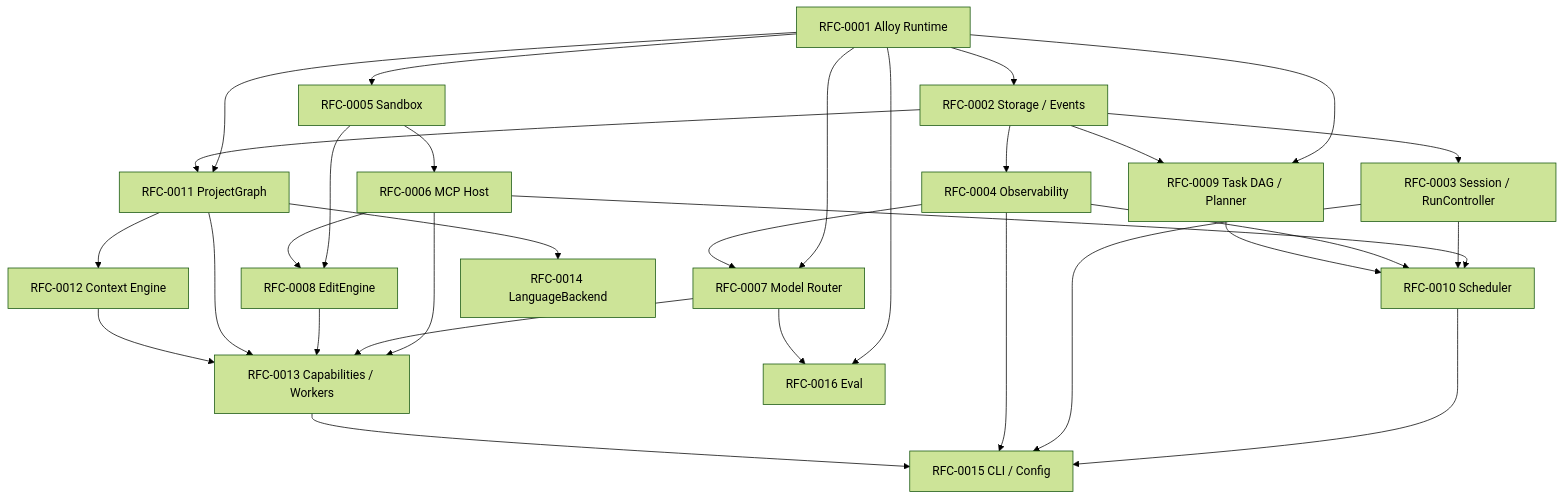
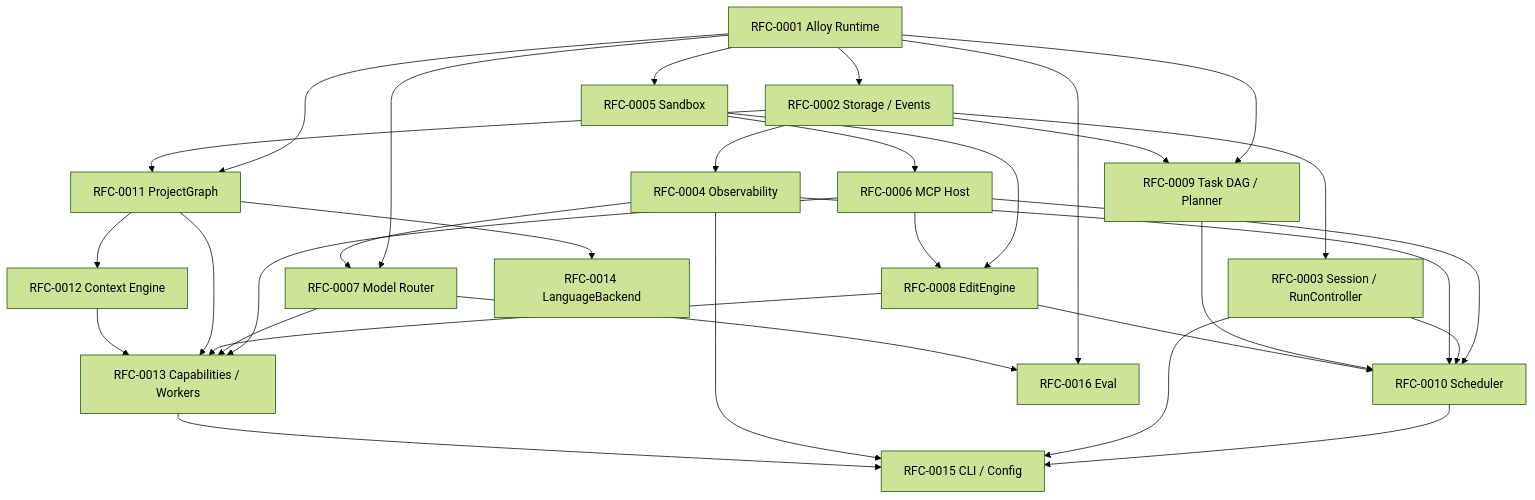
One commit to arkadianet/Alloy changed the diagram in docs/rfcs/README.md. Above: the diagram before and after it, drawn with Mermaid (forest theme). The commit also changed other lines of this file and 2 other files, not shown here.

````diff
--- a/docs/rfcs/README.md
+++ b/docs/rfcs/README.md
@@ -87,50 +87,51 @@
 ```mermaid
 flowchart TB
   R1[RFC-0001 Alloy Runtime]
   R2[RFC-0002 Storage / Events]
   R3[RFC-0003 Session / RunController]
   R4[RFC-0004 Observability]
   R5[RFC-0005 Sandbox]
   R6[RFC-0006 MCP Host]
   R7[RFC-0007 Model Router]
   R8[RFC-0008 EditEngine]
   R9[RFC-0009 Task DAG / Planner]
   R10[RFC-0010 Scheduler]
   R11[RFC-0011 ProjectGraph]
   R12[RFC-0012 Context Engine]
   R13[RFC-0013 Capabilities / Workers]
   R14[RFC-0014 LanguageBackend]
   R15[RFC-0015 CLI / Config]
   R16[RFC-0016 Eval]
 
   R1 --> R2
   R1 --> R5
   R1 --> R11
   R1 --> R7
   R1 --> R9
   R1 --> R16
   R2 --> R3
   R2 --> R4
   R2 --> R9
   R2 --> R11
   R5 --> R6
   R5 --> R8
   R6 --> R8
   R6 --> R10
   R6 --> R13
   R3 --> R10
   R4 --> R7
   R4 --> R10
   R9 --> R10
+  R8 --> R10
   R7 --> R13
   R7 --> R16
   R8 --> R13
   R11 --> R12
   R11 --> R13
   R11 --> R14
   R12 --> R13
   R10 --> R15
   R3 --> R15
   R4 --> R15
   R13 --> R15
 ```
````
